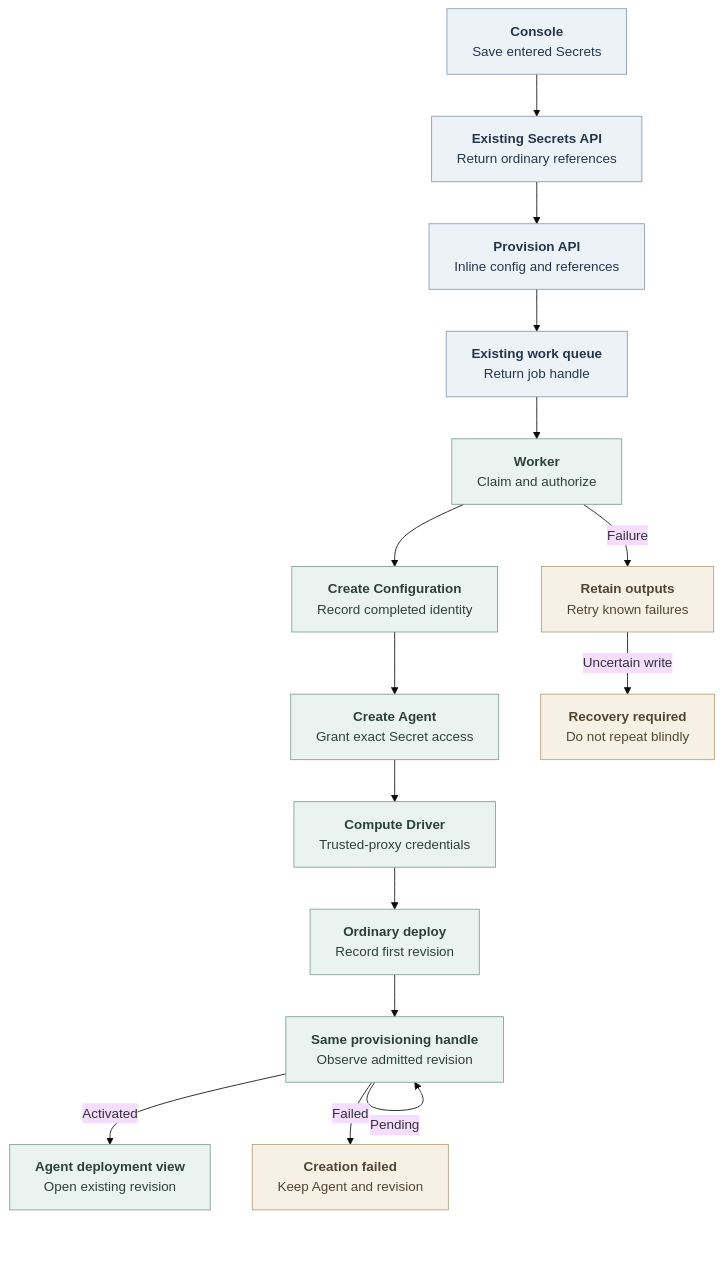
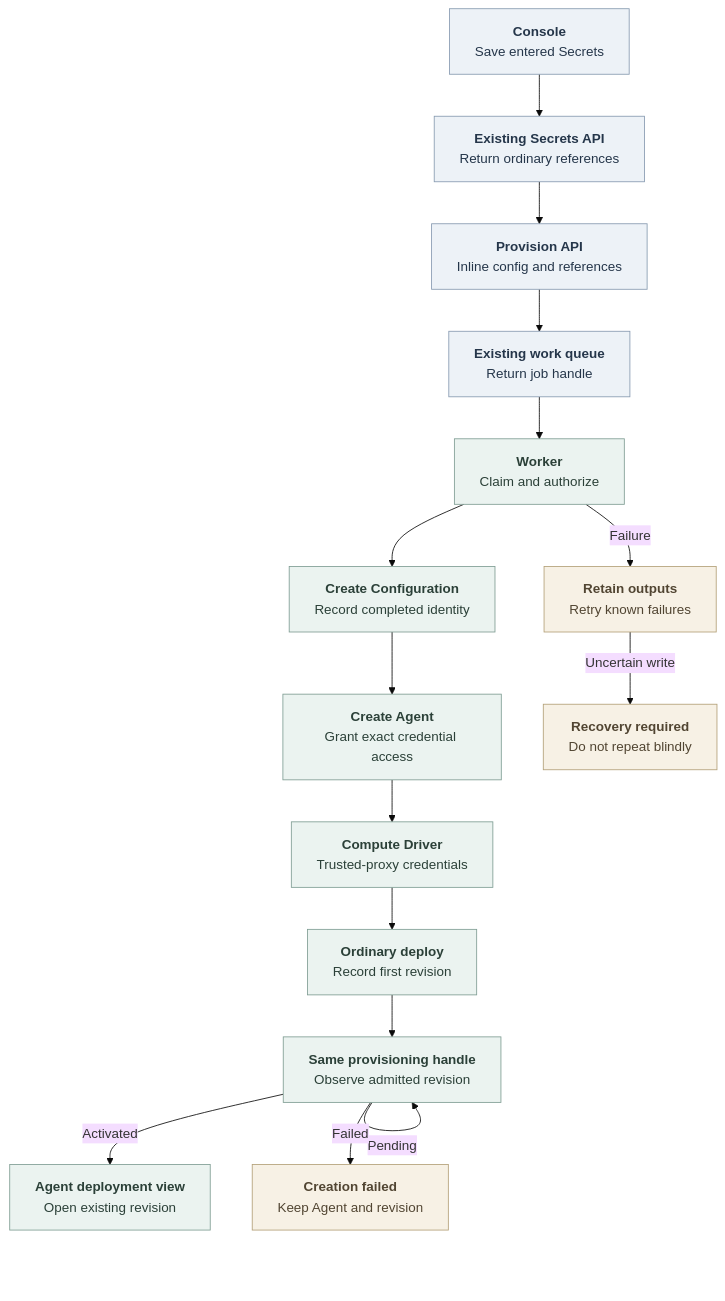
One commit to PalmPalm7/openclaw-enterprise changed the diagram in docs/flows/agent-provisioning.md. Above: the diagram before and after it, drawn with Mermaid (base theme). The commit also changed other lines of this file and 70 other files, not shown here.

````diff
--- a/docs/flows/agent-provisioning.md
+++ b/docs/flows/agent-provisioning.md
@@ -23,24 +23,24 @@
 ```mermaid
 graph TD
   Console["<b>Console</b><br/>Save entered Secrets"] --> Secrets["<b>Existing Secrets API</b><br/>Return ordinary references"]
   Secrets --> API["<b>Provision API</b><br/>Inline config and references"]
   API --> Queue["<b>Existing work queue</b><br/>Return job handle"]
   Queue --> Claim["<b>Worker</b><br/>Claim and authorize"]
   Claim --> Config["<b>Create Configuration</b><br/>Record completed identity"]
-  Config --> Agent["<b>Create Agent</b><br/>Grant exact Secret access"]
+  Config --> Agent["<b>Create Agent</b><br/>Grant exact credential access"]
   Agent --> Transport["<b>Compute Driver</b><br/>Trusted-proxy credentials"]
   Transport --> Deploy["<b>Ordinary deploy</b><br/>Record first revision"]
   Deploy --> Observe["<b>Same provisioning handle</b><br/>Observe admitted revision"]
   Observe -->|Pending| Observe
   Observe -->|Activated| UI["<b>Agent deployment view</b><br/>Open existing revision"]
   Observe -->|Failed| Terminal["<b>Creation failed</b><br/>Keep Agent and revision"]
   Claim -->|Failure| Failed["<b>Retain outputs</b><br/>Retry known failures"]
   Failed -->|Uncertain write| Recovery["<b>Recovery required</b><br/>Do not repeat blindly"]
 
   classDef state fill:#EDF2F7,stroke:#879AB0,color:#25364A,stroke-width:1px
   classDef operation fill:#EBF3F0,stroke:#7F9D93,color:#2B4038,stroke-width:1px
   classDef condition fill:#F7F1E5,stroke:#B3A078,color:#514532,stroke-width:1px
   class Console,Secrets,API,Queue state
   class Claim,Config,Agent,Transport,Deploy,Observe,UI operation
   class Failed,Recovery,Terminal condition
 ```
````
